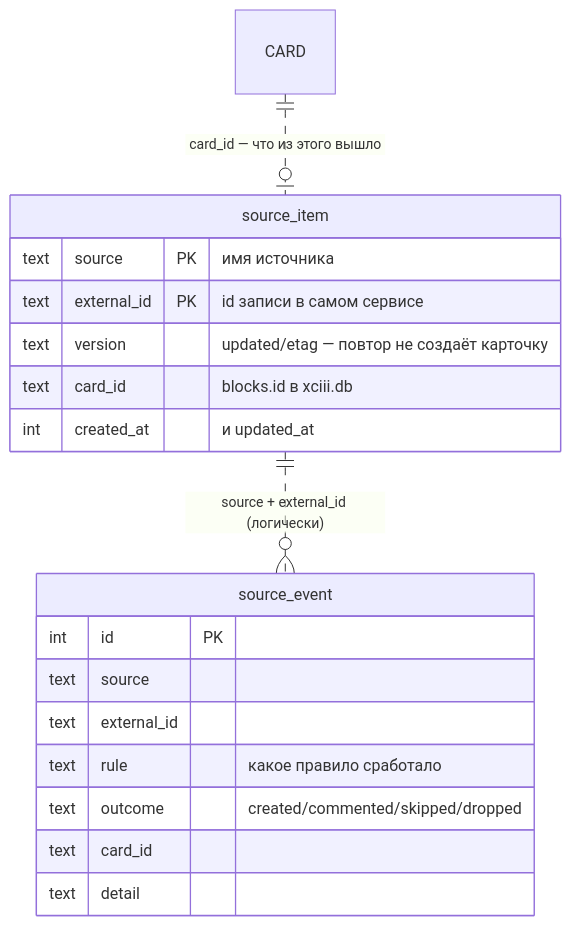
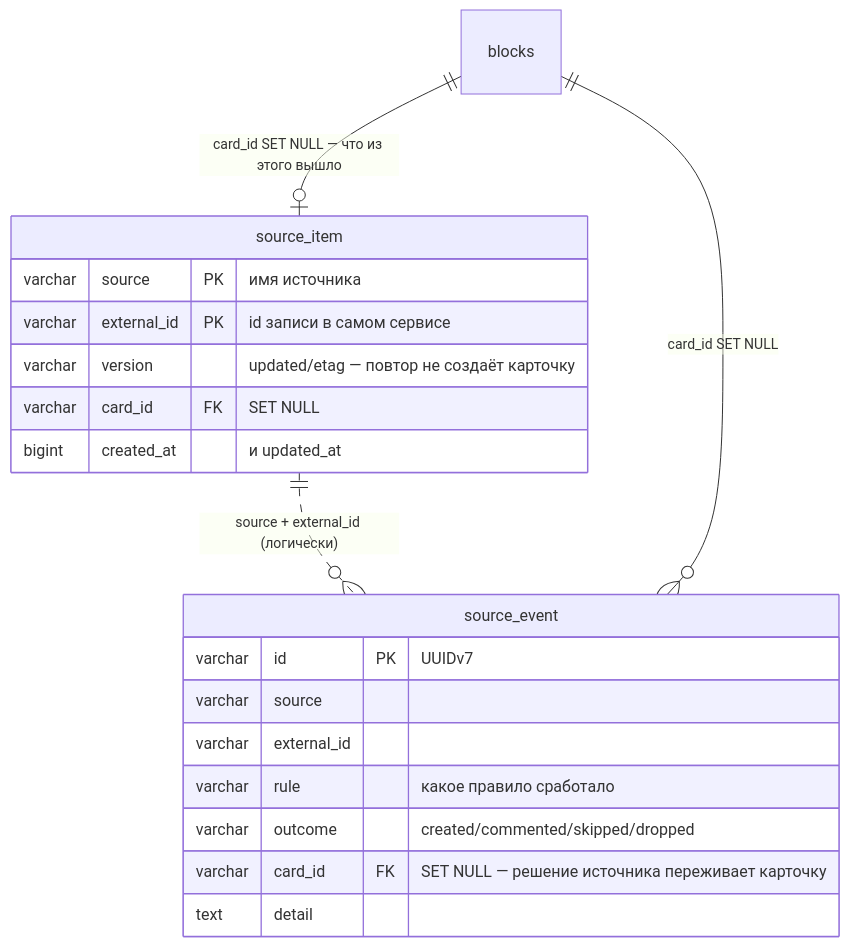
The fourth of 4 diagrams in docs/db-erd.md (artipop/xciii), drawn with Mermaid before and after one commit. The commit also changed other lines of this file and 46 other files, not shown here.

````diff
--- a/docs/db-erd.md
+++ b/docs/db-erd.md
@@ -267,22 +277,23 @@
 ```mermaid
 erDiagram
     source_item ||..o{ source_event : "source + external_id (логически)"
-    CARD ||..o| source_item : "card_id — что из этого вышло"
+    blocks ||--o| source_item : "card_id SET NULL — что из этого вышло"
+    blocks ||--o{ source_event : "card_id SET NULL"
 
     source_item {
-        text source PK "имя источника"
-        text external_id PK "id записи в самом сервисе"
-        text version "updated/etag — повтор не создаёт карточку"
-        text card_id "blocks.id в xciii.db"
-        int created_at "и updated_at"
+        varchar source PK "имя источника"
+        varchar external_id PK "id записи в самом сервисе"
+        varchar version "updated/etag — повтор не создаёт карточку"
+        varchar card_id FK "SET NULL"
+        bigint created_at "и updated_at"
     }
     source_event {
-        int id PK
-        text source
-        text external_id
-        text rule "какое правило сработало"
-        text outcome "created/commented/skipped/dropped"
-        text card_id
+        varchar id PK "UUIDv7"
+        varchar source
+        varchar external_id
+        varchar rule "какое правило сработало"
+        varchar outcome "created/commented/skipped/dropped"
+        varchar card_id FK "SET NULL — решение источника переживает карточку"
         text detail
     }
 ```
````
